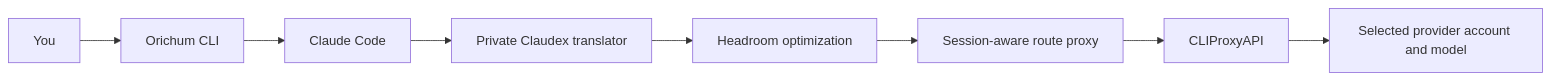
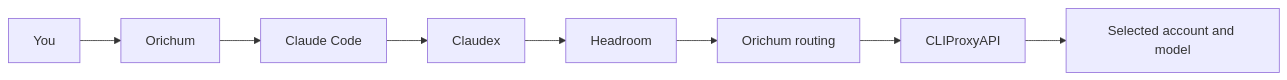
Before and after one commit to orichum/claudex-workflow: the diagram in README.md, drawn with Mermaid. The commit also changed other lines of this file, not shown here.

````diff
--- a/README.md
+++ b/README.md
@@ -86,10 +215,10 @@
 ```mermaid
 flowchart LR
-    U["You"] --> O["Orichum CLI"]
+    U["You"] --> O["Orichum"]
     O --> C["Claude Code"]
-    C --> X["Private Claudex translator"]
-    X --> H["Headroom optimization"]
-    H --> R["Session-aware route proxy"]
+    C --> X["Claudex"]
+    X --> H["Headroom"]
+    H --> R["Orichum routing"]
     R --> P["CLIProxyAPI"]
-    P --> M["Selected provider account and model"]
+    P --> M["Selected account and model"]
 ```
````
